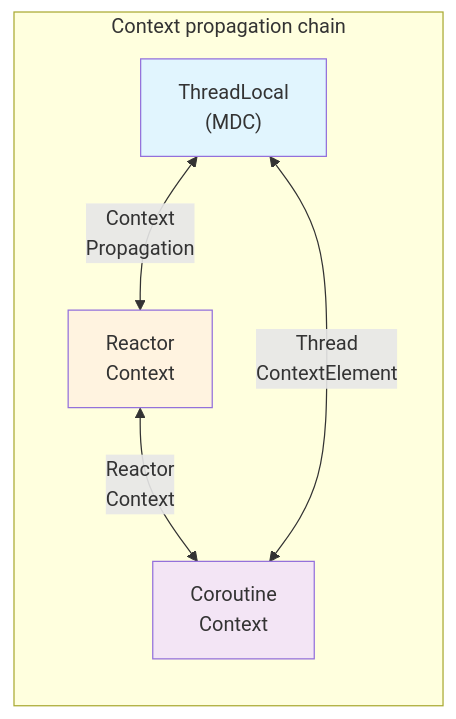
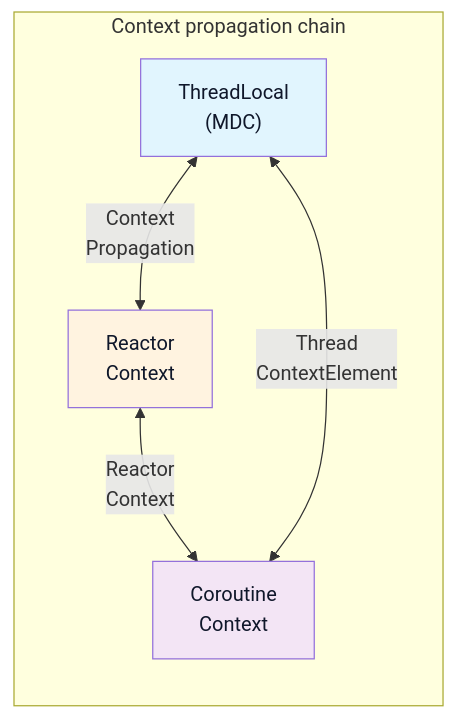
Before and after one commit to snowink1137/blog: the ninth of 9 diagrams in src/content/blog/en/tracing-4-kotlin-coroutine-context-propagation.md, drawn with Mermaid. The commit also changed 17 other files, not shown here.

First line of the commit message:
mermaid 다크모드 대비 수정 — 파스텔 배경 노드의 글자색 명시

````diff
--- a/src/content/blog/en/tracing-4-kotlin-coroutine-context-propagation.md
+++ b/src/content/blog/en/tracing-4-kotlin-coroutine-context-propagation.md
@@ -856,16 +856,16 @@
 ```mermaid
 flowchart LR
     subgraph "Context propagation chain"
         TL["ThreadLocal<br/>(MDC)"]
         RC["Reactor<br/>Context"]
         CC["Coroutine<br/>Context"]
     end
     
     TL <-->|"Context<br/>Propagation"| RC
     RC <-->|"Reactor<br/>Context"| CC
     TL <-->|"Thread<br/>ContextElement"| CC
     
-    style TL fill:#e1f5fe
-    style RC fill:#fff3e0
-    style CC fill:#f3e5f5
+    style TL fill:#e1f5fe,color:#0f172a
+    style RC fill:#fff3e0,color:#0f172a
+    style CC fill:#f3e5f5,color:#0f172a
 ```
````
